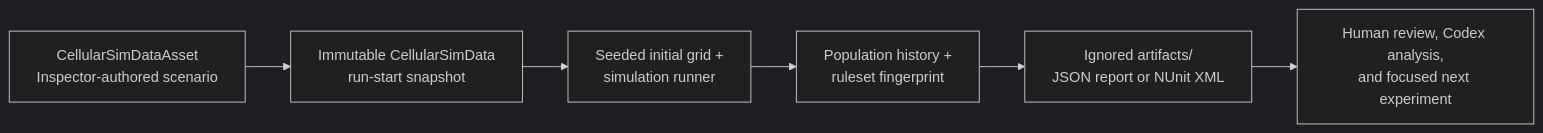
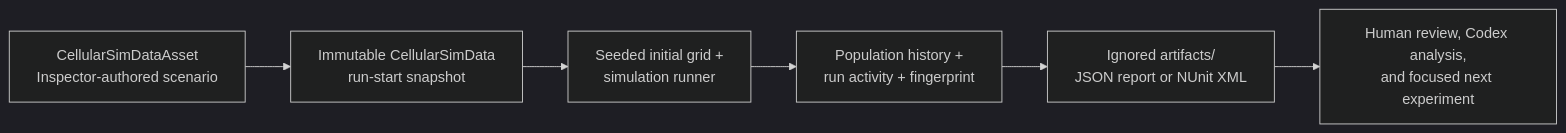
The diagram in LearningIndieDev/docs/UNITY_SIMULATION_TOOLING.md (Saltylanguage/GameDev), drawn with Mermaid (dark theme) before and after one commit. The commit also changed other lines of this file and 14 other files, not shown here.

````diff
--- a/LearningIndieDev/docs/UNITY_SIMULATION_TOOLING.md
+++ b/LearningIndieDev/docs/UNITY_SIMULATION_TOOLING.md
@@ -11,8 +11,8 @@
 ```mermaid
 flowchart LR
     A["CellularSimDataAsset\nInspector-authored scenario"] --> B["Immutable CellularSimData\nrun-start snapshot"]
     B --> C["Seeded initial grid +\nsimulation runner"]
-    C --> D["Population history +\nruleset fingerprint"]
+    C --> D["Population history +\nrun activity + fingerprint"]
     D --> E["Ignored artifacts/\nJSON report or NUnit XML"]
     E --> F["Human review, Codex analysis,\nand focused next experiment"]
 ```
````
